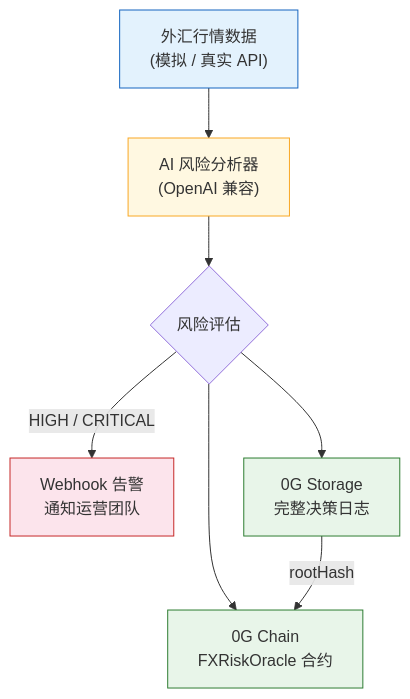
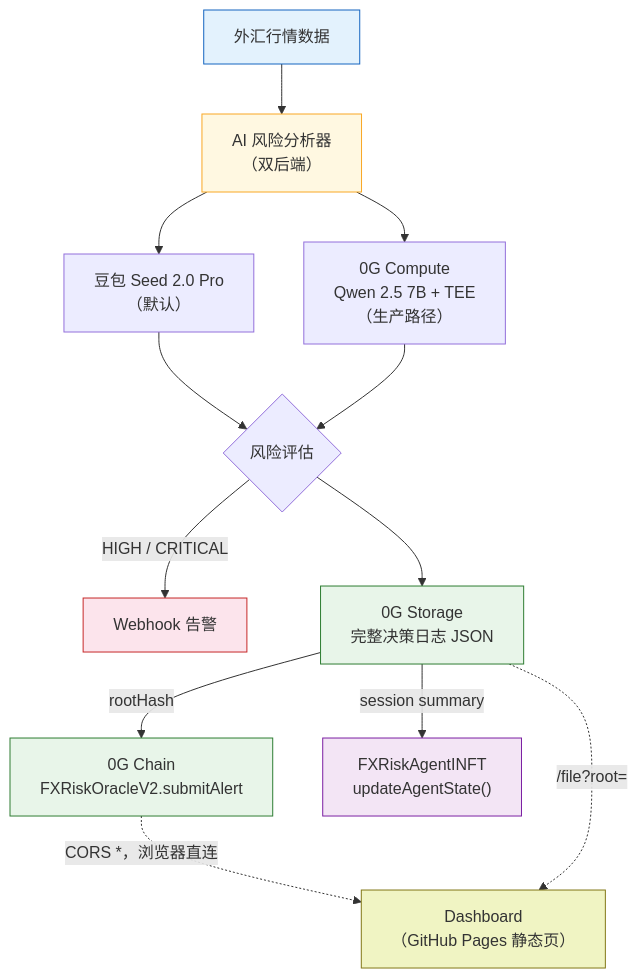
The diagram in README.zh-CN.md (smallironman666/fx-risk-agent), drawn with Mermaid before and after one commit. The commit also changed other lines of this file and 5 other files, not shown here.

````diff
--- a/README.zh-CN.md
+++ b/README.zh-CN.md
@@ -59,15 +65,22 @@
 ```mermaid
 flowchart TD
-    A["外汇行情数据<br/>(模拟 / 真实 API)"] --> B["AI 风险分析器<br/>(OpenAI 兼容)"]
-    B --> C{"风险评估"}
-    C -->|"HIGH / CRITICAL"| D["Webhook 告警<br/>通知运营团队"]
-    C --> E["0G Storage<br/>完整决策日志"]
-    C --> F["0G Chain<br/>FXRiskOracle 合约"]
-    E -->|"rootHash"| F
+    A["外汇行情数据"] --> B["AI 风险分析器<br/>（双后端）"]
+    B --> B1["豆包 Seed 2.0 Pro<br/>（默认）"]
+    B --> B2["0G Compute<br/>Qwen 2.5 7B + TEE<br/>（生产路径）"]
+    B1 --> C{"风险评估"}
+    B2 --> C
+    C -->|"HIGH / CRITICAL"| D["Webhook 告警"]
+    C --> E["0G Storage<br/>完整决策日志 JSON"]
+    E -->|"rootHash"| F["0G Chain<br/>FXRiskOracleV2.submitAlert"]
+    E -->|"session summary"| G["FXRiskAgentINFT<br/>updateAgentState()"]
+    F -.->|"CORS *，浏览器直连"| H["Dashboard<br/>（GitHub Pages 静态页）"]
+    E -.->|"/file?root=<hash>"| H
 
     style A fill:#e3f2fd,stroke:#1565c0
     style B fill:#fff8e1,stroke:#f9a825
     style D fill:#fce4ec,stroke:#c62828
     style E fill:#e8f5e9,stroke:#2e7d32
     style F fill:#e8f5e9,stroke:#2e7d32
+    style G fill:#f3e5f5,stroke:#7b1fa2
+    style H fill:#f0f4c3,stroke:#827717
 ```
````
